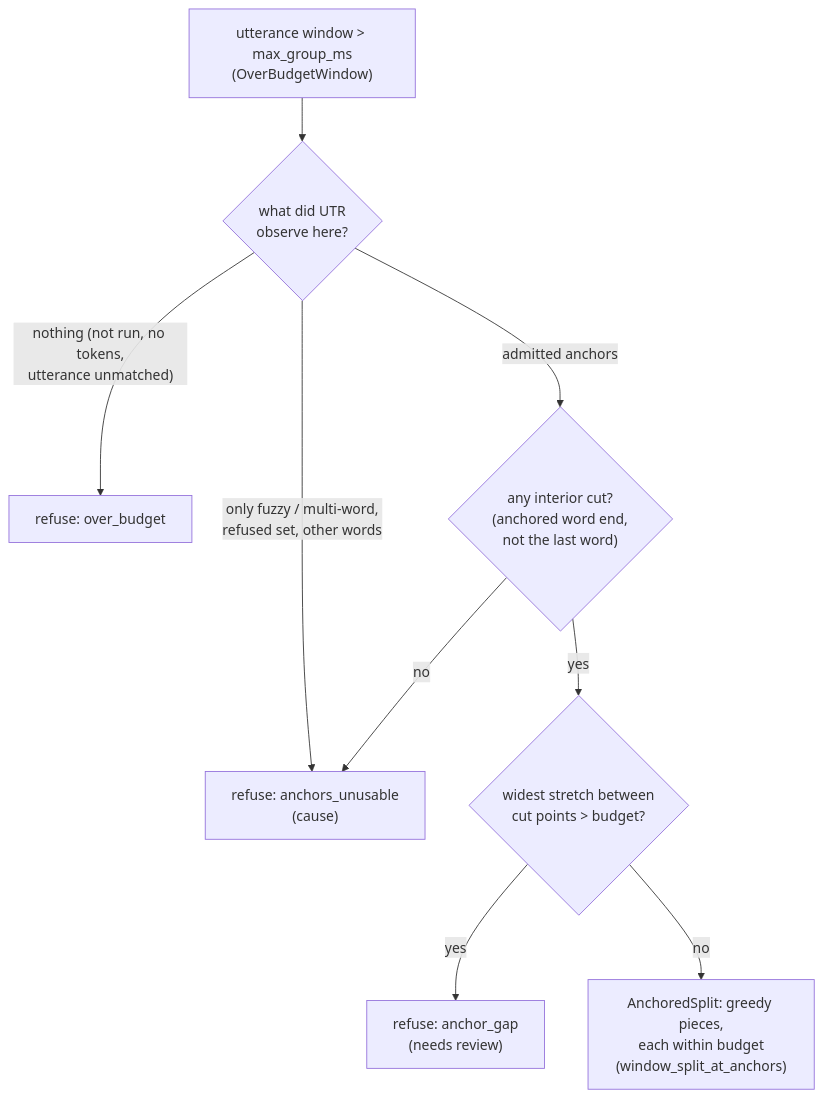
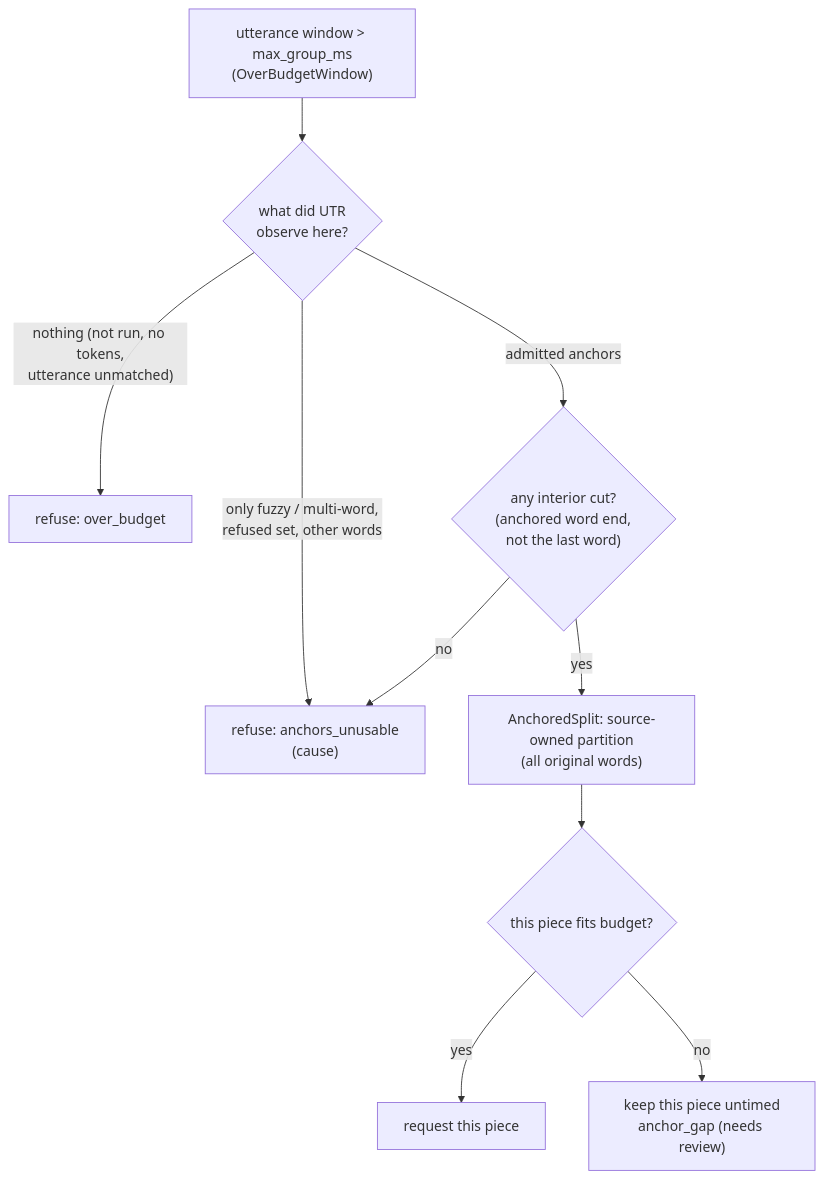
The seventh of 16 diagrams in book/src/batchalign/reference/forced-alignment.md (FranklinChen/talkbank-tools), drawn with Mermaid before and after one commit. The commit also changed other lines of this file and 172 other files, not shown here.

First line of the commit message:
Preserve morphology graph closure and fixed-span token ownership

````diff
--- a/book/src/batchalign/reference/forced-alignment.md
+++ b/book/src/batchalign/reference/forced-alignment.md
@@ -814,19 +861,21 @@
 ```mermaid
 flowchart TD
     long["utterance window > max_group_ms\n(OverBudgetWindow)"]
     lookup{"what did UTR\nobserve here?"}
     cuts{"any interior cut?\n(anchored word end,\nnot the last word)"}
-    gap{"widest stretch between\ncut points > budget?"}
-    split["AnchoredSplit: greedy pieces,\neach within budget\n(window_split_at_anchors)"]
-    refuse_gap["refuse: anchor_gap\n(needs review)"]
+    split["AnchoredSplit: source-owned partition\n(all original words)"]
+    gap{"this piece fits budget?"}
+    request["request this piece"]
+    refuse_gap["keep this piece untimed\nanchor_gap (needs review)"]
     refuse_unusable["refuse: anchors_unusable\n(cause)"]
     refuse_over["refuse: over_budget"]
     long --> lookup
     lookup -->|"nothing (not run, no tokens,\nutterance unmatched)"| refuse_over
     lookup -->|"only fuzzy / multi-word,\nrefused set, other words"| refuse_unusable
     lookup -->|"admitted anchors"| cuts
     cuts -->|"no"| refuse_unusable
-    cuts -->|"yes"| gap
-    gap -->|"yes"| refuse_gap
-    gap -->|"no"| split
+    cuts -->|"yes"| split
+    split --> gap
+    gap -->|"yes"| request
+    gap -->|"no"| refuse_gap
 ```
````
